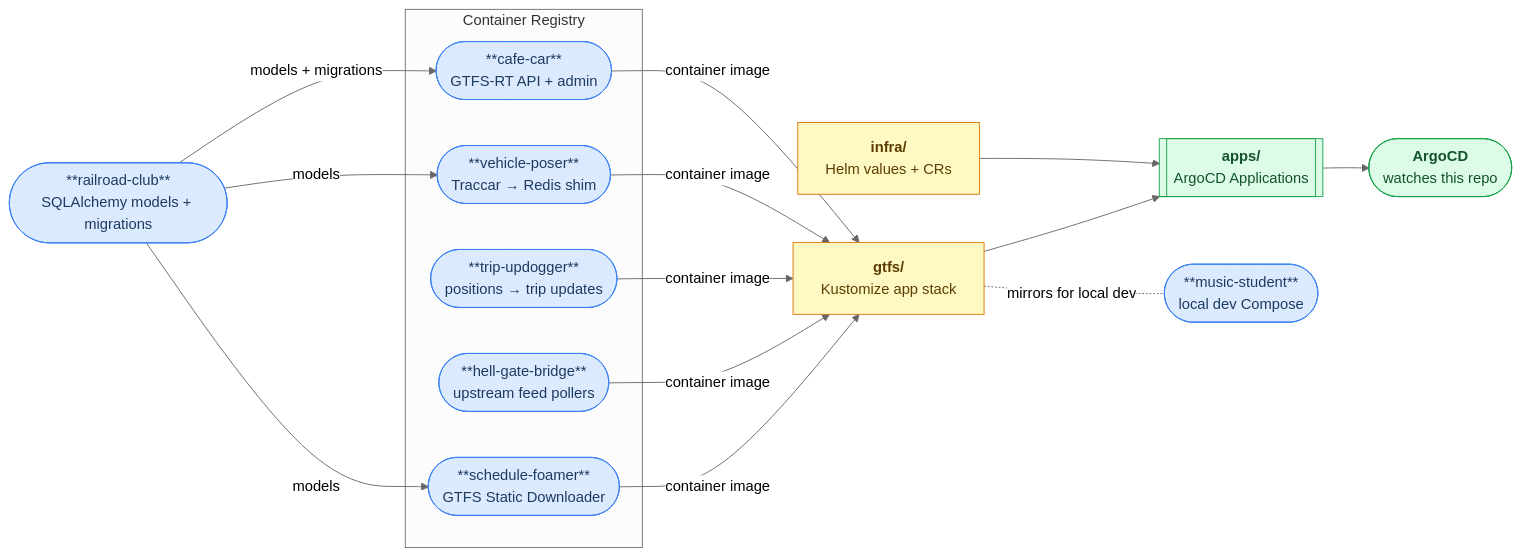
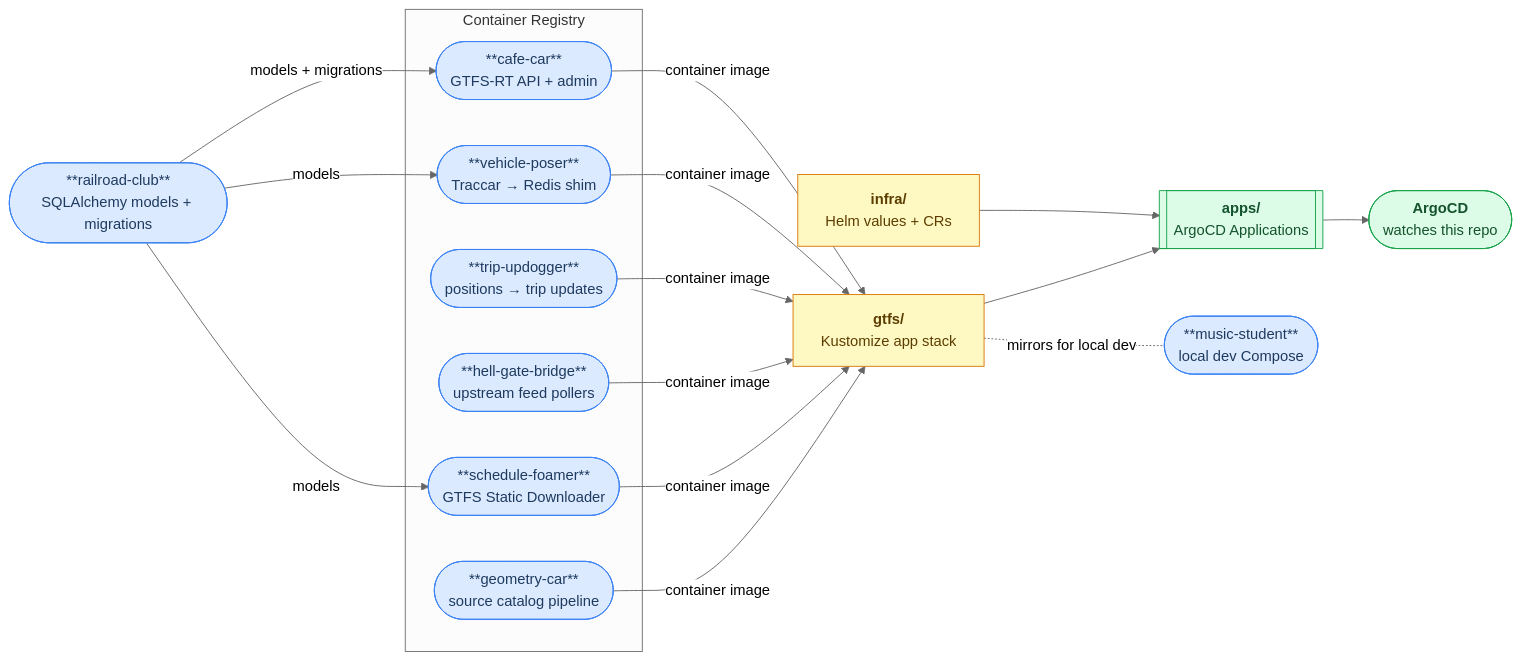
Before and after one commit to gtfs-zone/deploy-gtfs-rt: the first of 8 diagrams in README.md, drawn with Mermaid (neutral theme). The commit also changed other lines of this file and 1 other file, not shown here.

First line of the commit message:
docs: document geometry-car, globe-of-contents and the source catalog

````diff
--- a/README.md
+++ b/README.md
@@ -29,34 +32,35 @@
 ```mermaid
 flowchart LR
     classDef repo fill:#dbeafe,stroke:#3b82f6,color:#1e3a5f
     classDef dir fill:#fef9c3,stroke:#d97706,color:#5c3d00
     classDef gitops fill:#dcfce7,stroke:#16a34a,color:#14532d
 
     apps[["`**apps/**<br>ArgoCD Applications`"]]:::gitops
     infra["`**infra/**<br>Helm values + CRs`"]:::dir
     gtfsd["`**gtfs/**<br>Kustomize app stack`"]:::dir
     argo(["`**ArgoCD**<br>watches this repo`"]):::gitops
 
     apps --> argo
     infra --> apps
     gtfsd --> apps
 
     subgraph registry["Container Registry"]
         cc(["**cafe-car**<br>GTFS-RT API + admin"]):::repo
         vp(["**vehicle-poser**<br>Traccar → Redis shim"]):::repo
         tu(["**trip-updogger**<br>positions → trip updates"]):::repo
         hgb(["**hell-gate-bridge**<br>upstream feed pollers"]):::repo
         sf(["**schedule-foamer**<br>GTFS Static Downloader"]):::repo
+        gc(["**geometry-car**<br>source catalog pipeline"]):::repo
     end
 
     rc(["**railroad-club**<br>SQLAlchemy models + migrations"]):::repo
     ms(["**music-student**<br>local dev Compose"]):::repo
 
     rc -->|"models + migrations"| cc
     rc -->|"models"| vp
     rc -->|"models"| sf
 
-    cc & vp & tu & hgb & sf -->|"container image"| gtfsd
+    cc & vp & tu & hgb & sf & gc -->|"container image"| gtfsd
 
     gtfsd -.-|"mirrors for local dev"| ms
 ```
````
